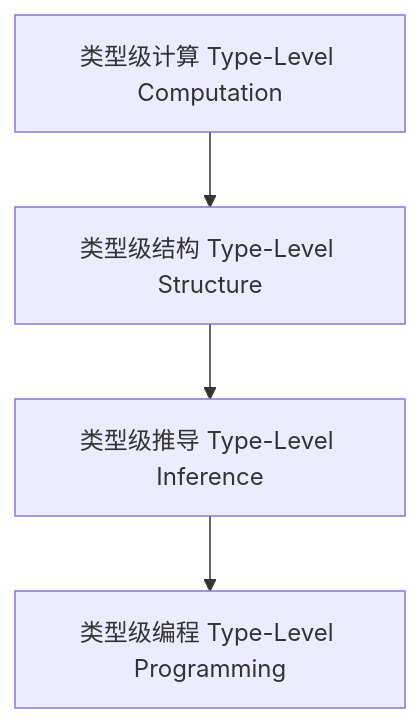
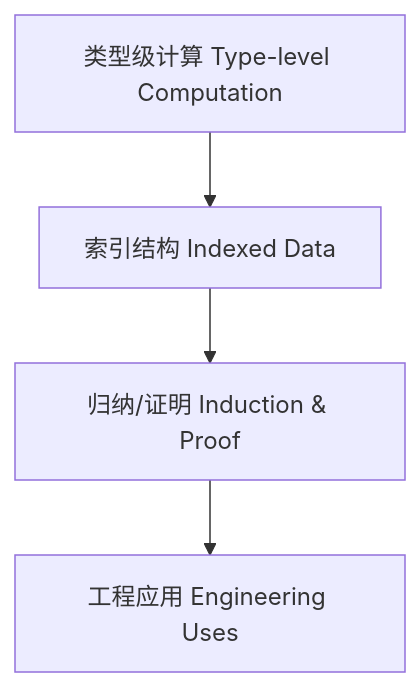
The diagram in docs/analysis/Type/01-Type-Level-Programming.md (AdaMartin18010/haskell), drawn with Mermaid before and after one commit. The commit also changed other lines of this file and 27 other files, not shown here.

````diff
--- a/docs/analysis/Type/01-Type-Level-Programming.md
+++ b/docs/analysis/Type/01-Type-Level-Programming.md
@@ -64,6 +67,6 @@
 ```mermaid
 graph TD
-  A[类型级计算 Type-Level Computation] --> B[类型级结构 Type-Level Structure]
-  B --> C[类型级推导 Type-Level Inference]
-  C --> D[类型级编程 Type-Level Programming]
+  A[类型级计算 Type-level Computation] --> B[索引结构 Indexed Data]
+  B --> C[归纳/证明 Induction & Proof]
+  C --> D[工程应用 Engineering Uses]
 ```
````
